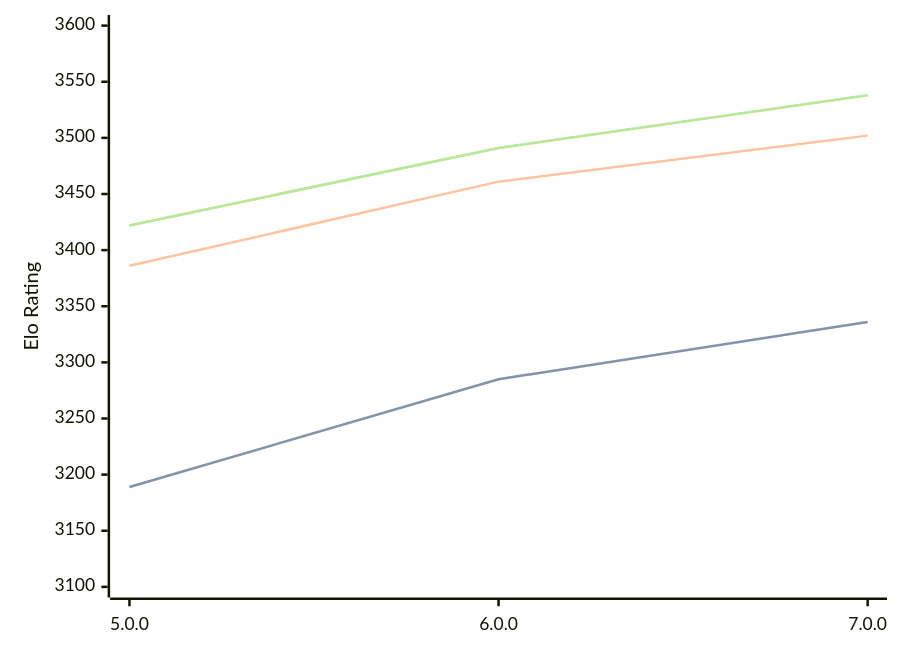
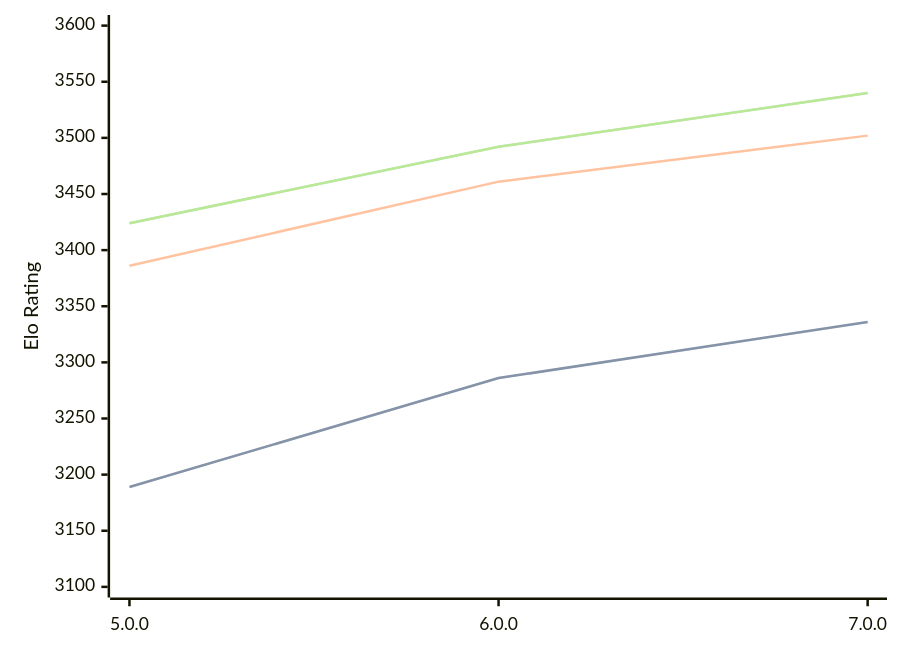
One commit to computer-chess-index/cci changed the diagram in engines/Stormphrax.md. Above: the diagram before and after it, drawn with Mermaid. The commit also changed other lines of this file, not shown here.

Commit message:
Update CCI Ratings (ELO VLTC) - 2026-05-22

````diff
--- a/engines/Stormphrax.md
+++ b/engines/Stormphrax.md
@@ -38,11 +38,11 @@
 ```mermaid
 %%{init: {"theme":"base","themeVariables":{"seriesColors:['#a3a3a3','#222221','#faa371']}}}%%
 xychart-beta
   x-axis ["5.0.0", "6.0.0", "7.0.0"]
   y-axis "Elo Rating" 3100 --> 3600
-  line "STC (8.0+0.08s)" [3189, 3285, 3336]
-  line "STC (8.0+0.08s)" [3189, 3285, 3336]
+  line "STC (8.0+0.08s)" [3189, 3286, 3336]
+  line "STC (8.0+0.08s)" [3189, 3286, 3336]
   line "LTC (60.0+0.60s)" [3386, 3461, 3502]
-  line "VLTC (2m24s+1.12s)" [3422, 3491, 3538]
-  line "VLTC (2m24s+1.12s)" [3422, 3491, 3538]
+  line "VLTC (2m24s+1.12s)" [3424, 3492, 3540]
+  line "VLTC (2m24s+1.12s)" [3424, 3492, 3540]
 ```
````
